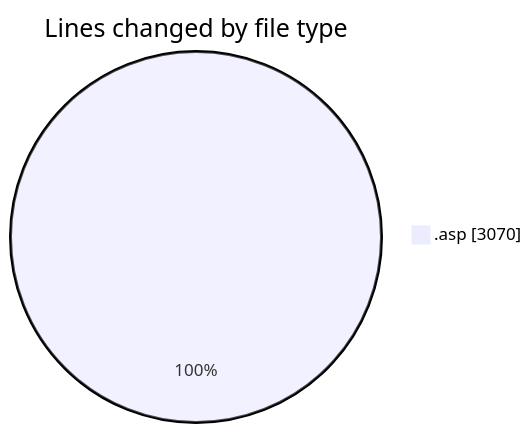
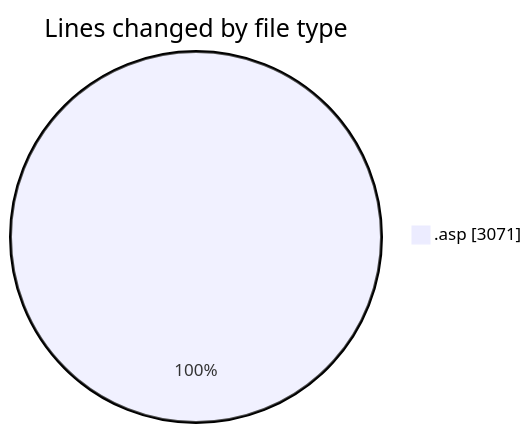
One commit to julien-gomy/code-tracking changed the first of 2 diagrams in 2025-11-27/cdp_aleoudev_fr__workspace_/README.md. Above: the diagram before and after it, drawn with Mermaid. The commit also changed other lines of this file and 1 other file, not shown here.

````diff
--- a/2025-11-27/cdp_aleoudev_fr__workspace_/README.md
+++ b/2025-11-27/cdp_aleoudev_fr__workspace_/README.md
@@ -21,5 +21,5 @@
 ```mermaid
 pie showData
 title Lines changed by file type
-".asp" : 3070
+".asp" : 3071
 ```
````
